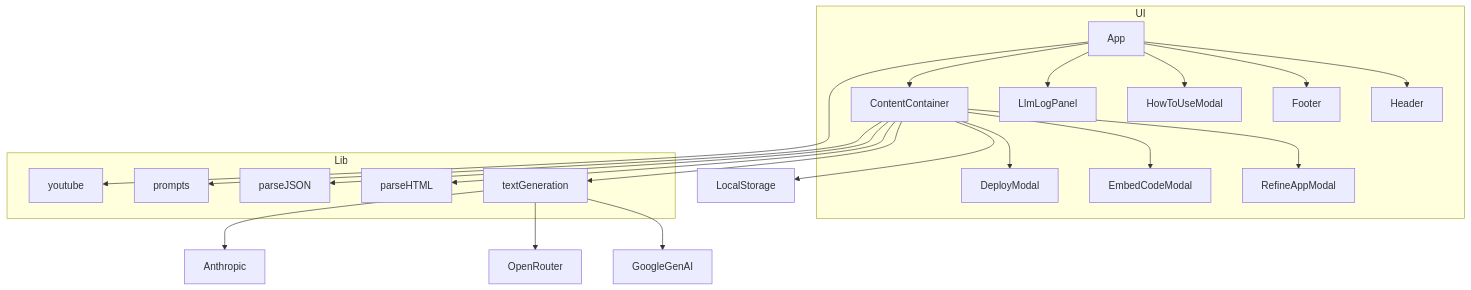
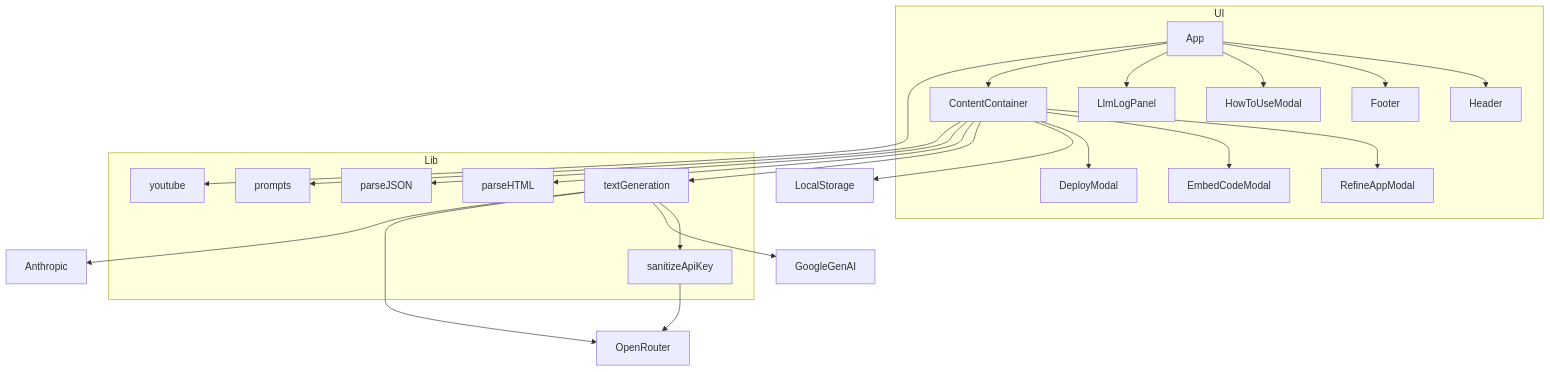
Before and after one commit to rebots-online/classify: the diagram in docs/architecture/architecture.mmd, drawn with Mermaid. The commit also changed 3 other files, not shown here.

First line of the commit message:
Fix OpenRouter authentication header (#15)

```diff
--- a/docs/architecture/architecture.mmd
+++ b/docs/architecture/architecture.mmd
@@ -1,37 +1,40 @@
 %% Architecture Diagram for Video to Learning App (updated to reflect no ExampleGallery component)
 flowchart TB
     subgraph UI
         App
         Header
         Footer
         HowToUseModal
         LlmLogPanel
         ContentContainer
         RefineAppModal
         EmbedCodeModal
         DeployModal
     end
     subgraph Lib
         parseJSON
         parseHTML
         textGeneration
+        sanitizeApiKey
         youtube
         prompts
     end
     App --> Header
     App --> Footer
     App --> HowToUseModal
     App --> LlmLogPanel
     App --> ContentContainer
     ContentContainer --> RefineAppModal
     ContentContainer --> EmbedCodeModal
     ContentContainer --> DeployModal
     ContentContainer --> LocalStorage
     ContentContainer --> textGeneration
     ContentContainer --> parseHTML
     ContentContainer --> parseJSON
     ContentContainer --> prompts
+    textGeneration --> sanitizeApiKey
+    sanitizeApiKey --> OpenRouter
     textGeneration --> GoogleGenAI
     textGeneration --> OpenRouter
     textGeneration --> Anthropic
     App --> youtube
```
